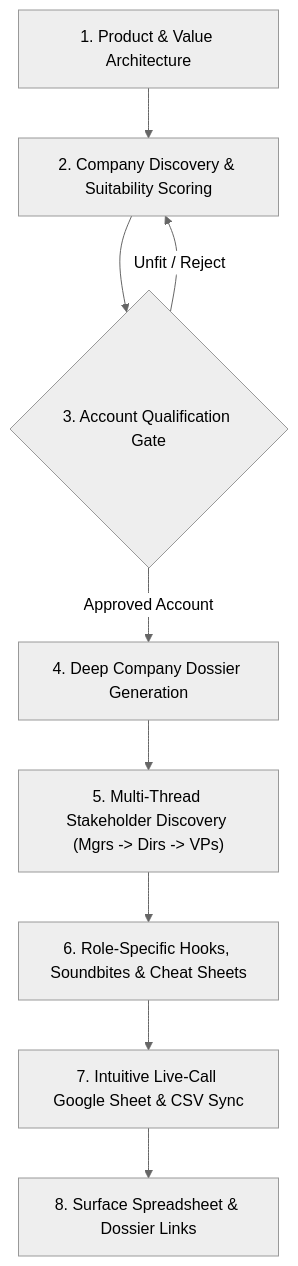
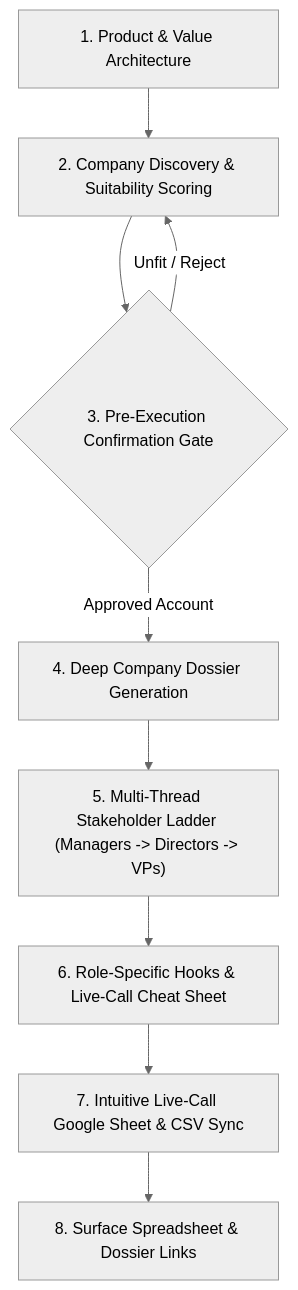
Before and after one commit to chandanonquest/multithread-prospector: the diagram in .agents/skills/icp-prospecting-swarm/SKILL.md, drawn with Mermaid (neutral theme). The commit also changed other lines of this file and 5 other files, not shown here.

Commit message:
feat: consolidate account-first multi-thread prospecting into self-contained skill bundle

````diff
--- a/.agents/skills/icp-prospecting-swarm/SKILL.md
+++ b/.agents/skills/icp-prospecting-swarm/SKILL.md
@@ -15,11 +15,11 @@
 ```mermaid
 flowchart TD
     A["1. Product & Value Architecture"] --> B["2. Company Discovery & Suitability Scoring"]
-    B --> C{"3. Account Qualification Gate"}
+    B --> C{"3. Pre-Execution Confirmation Gate"}
     C -->|Approved Account| D["4. Deep Company Dossier Generation"]
     C -->|Unfit / Reject| B
-    D --> E["5. Multi-Thread Stakeholder Discovery (Mgrs -> Dirs -> VPs)"]
-    E --> F["6. Role-Specific Hooks, Soundbites & Cheat Sheets"]
+    D --> E["5. Multi-Thread Stakeholder Ladder (Managers -> Directors -> VPs)"]
+    E --> F["6. Role-Specific Hooks & Live-Call Cheat Sheet"]
     F --> G["7. Intuitive Live-Call Google Sheet & CSV Sync"]
     G --> H["8. Surface Spreadsheet & Dossier Links"]
 ```
````
